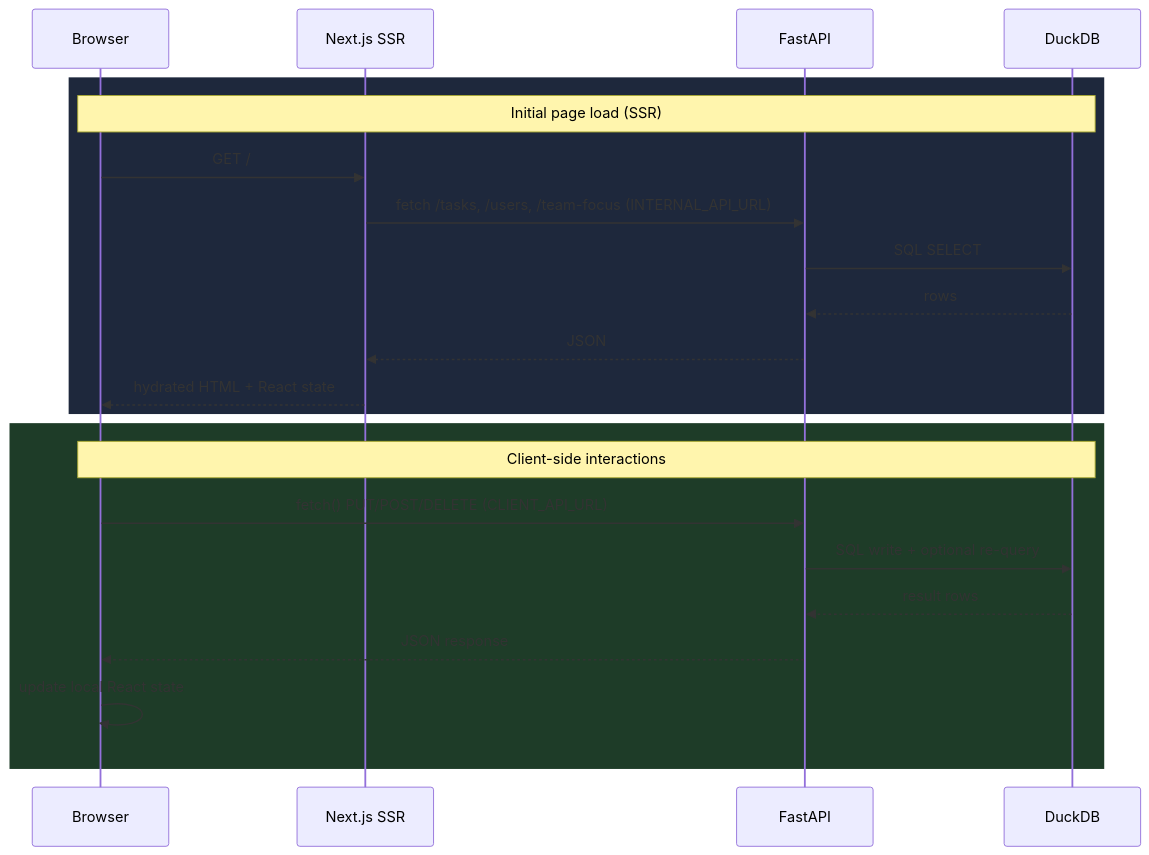
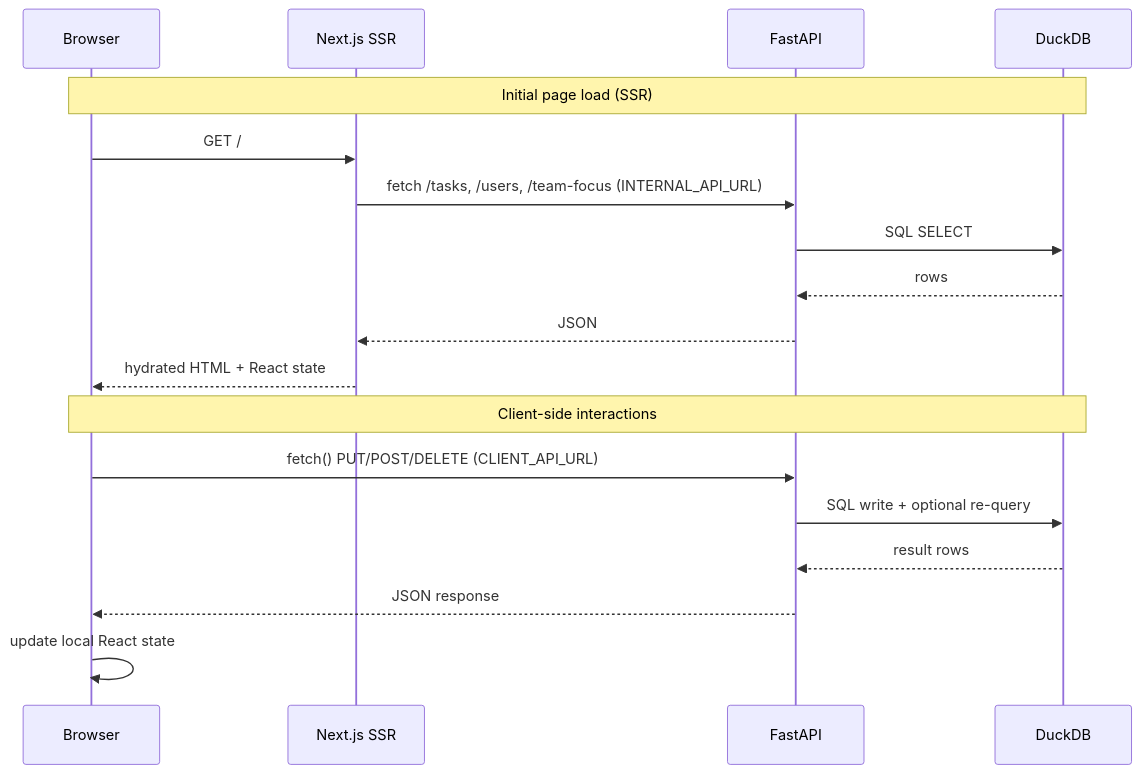
Before and after one commit to shubhampateliitm/work-tracking-app: the second of 4 diagrams in README.md, drawn with Mermaid.

Commit message:
Fix sequence diagram: replace rect blocks with Note over labels
rect rgb() fills rendered with dark opaque backgrounds in GitHub,
making message text invisible. Replaced with Note over spanning
all participants for section labels.

````diff
--- a/README.md
+++ b/README.md
@@ -331,26 +331,22 @@
 ```mermaid
 sequenceDiagram
     participant B as Browser
     participant N as Next.js SSR
     participant F as FastAPI
     participant D as DuckDB
 
-    rect rgb(30, 40, 60)
-        note over B,D: Initial page load (SSR)
-        B->>N: GET /
-        N->>F: fetch /tasks, /users, /team-focus (INTERNAL_API_URL)
-        F->>D: SQL SELECT
-        D-->>F: rows
-        F-->>N: JSON
-        N-->>B: hydrated HTML + React state
-    end
+    Note over B,D: Initial page load (SSR)
+    B->>N: GET /
+    N->>F: fetch /tasks, /users, /team-focus (INTERNAL_API_URL)
+    F->>D: SQL SELECT
+    D-->>F: rows
+    F-->>N: JSON
+    N-->>B: hydrated HTML + React state
 
-    rect rgb(30, 60, 40)
-        note over B,D: Client-side interactions
-        B->>F: fetch() PUT/POST/DELETE (CLIENT_API_URL)
-        F->>D: SQL write + optional re-query
-        D-->>F: result rows
-        F-->>B: JSON response
-        B->>B: update local React state
-    end
+    Note over B,D: Client-side interactions
+    B->>F: fetch() PUT/POST/DELETE (CLIENT_API_URL)
+    F->>D: SQL write + optional re-query
+    D-->>F: result rows
+    F-->>B: JSON response
+    B->>B: update local React state
 ```
````
